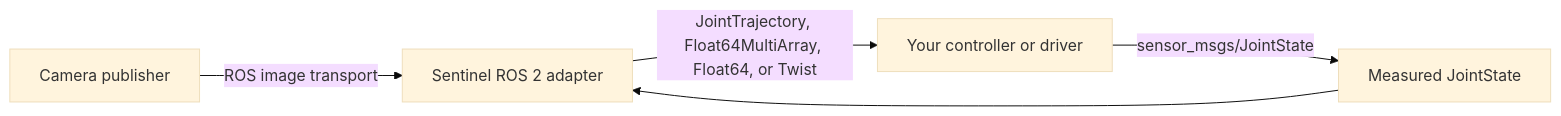
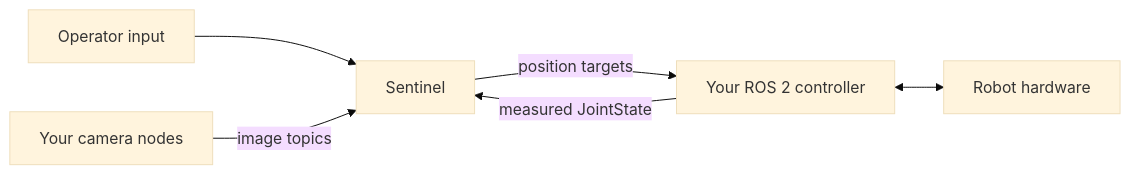
Before and after one commit to avearobotics/docs: the diagram in ros2/overview.mdx, drawn with Mermaid (base theme). The commit also changed other lines of this file and 15 other files, not shown here.

````diff
--- a/ros2/overview.mdx
+++ b/ros2/overview.mdx
@@ -53,12 +13,14 @@
 ```mermaid
 flowchart LR
-    S["Sentinel ROS 2 adapter"]
-    C["Your controller or driver"]
-    JS["Measured JointState"]
-    CAM["Camera publisher"]
+    XR["Operator input"]
+    S["Sentinel"]
+    C["Your ROS 2 controller"]
+    R["Robot hardware"]
+    CAM["Your camera nodes"]
 
-    S -->|"JointTrajectory, Float64MultiArray, Float64, or Twist"| C
-    C -->|"sensor_msgs/JointState"| JS
-    JS --> S
-    CAM -->|"ROS image transport"| S
+    XR --> S
+    S -->|"position targets"| C
+    C -->|"measured JointState"| S
+    C <--> R
+    CAM -->|"image topics"| S
 ```
````
